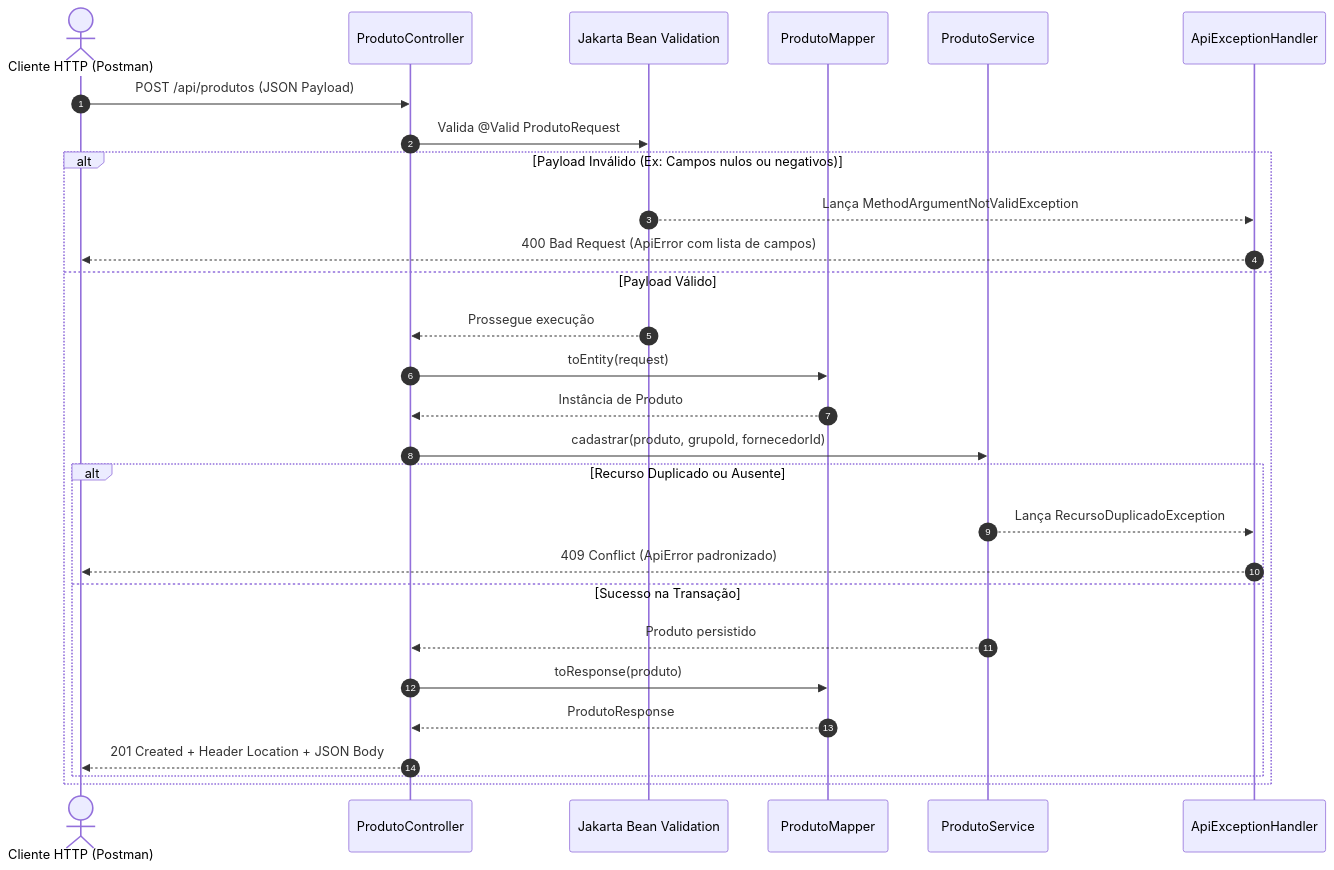
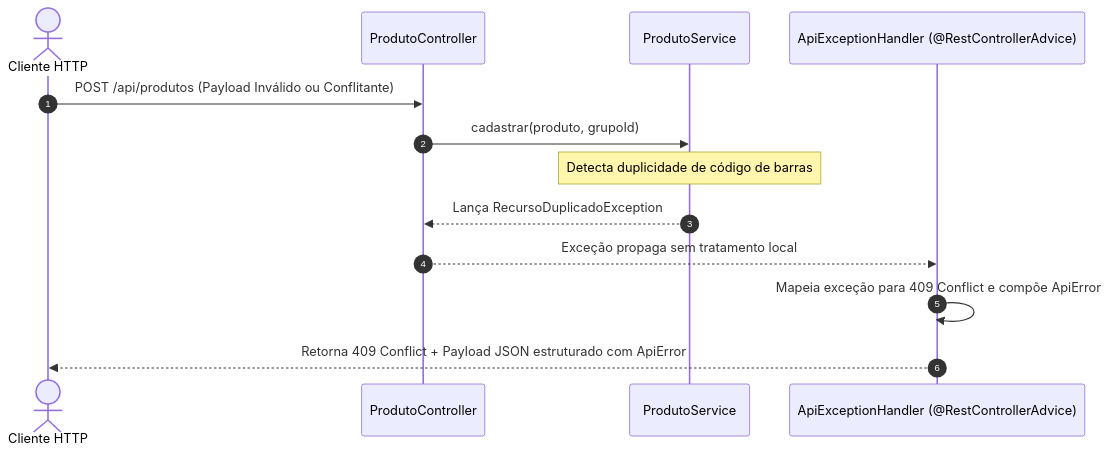
Before and after one commit to murilolol/unifef: diagram 19 of 20 in 4º Semestre/[Prof. Jefferson Passerini] Laboratório de Programação IV/Resumos-IA/Caderno-Consolidado.md, drawn with Mermaid. The commit also changed other lines of this file and 40 other files, not shown here.

````diff
--- a/4º Semestre/[Prof. Jefferson Passerini] Laboratório de Programação IV/Resumos-IA/Caderno-Consolidado.md
+++ b/4º Semestre/[Prof. Jefferson Passerini] Laboratório de Programação IV/Resumos-IA/Caderno-Consolidado.md
@@ -391,31 +743,16 @@
 ```mermaid
 sequenceDiagram
-    autonumber
-    actor Cliente as Cliente HTTP (Postman)
-    participant Ctrl as ProdutoController
-    participant Val as Jakarta Bean Validation
-    participant Map as ProdutoMapper
-    participant Srv as ProdutoService
-    participant Adv as ApiExceptionHandler
+  autonumber
+  actor Cliente as Cliente HTTP
+  participant Ctrl as ProdutoController
+  participant Serv as ProdutoService
+  participant Adv as ApiExceptionHandler (@RestControllerAdvice)
 
-    Cliente->>Ctrl: POST /api/produtos (JSON Payload)
-    Ctrl->>Val: Valida @Valid ProdutoRequest
-    alt Payload Inválido (Ex: Campos nulos ou negativos)
-        Val-->>Adv: Lança MethodArgumentNotValidException
-        Adv-->>Cliente: 400 Bad Request (ApiError com lista de campos)
-    else Payload Válido
-        Val-->>Ctrl: Prossegue execução
-        Ctrl->>Map: toEntity(request)
-        Map-->>Ctrl: Instância de Produto
-        Ctrl->>Srv: cadastrar(produto, grupoId, fornecedorId)
-        alt Recurso Duplicado ou Ausente
-            Srv-->>Adv: Lança RecursoDuplicadoException
-            Adv-->>Cliente: 409 Conflict (ApiError padronizado)
-        else Sucesso na Transação
-            Srv-->>Ctrl: Produto persistido
-            Ctrl->>Map: toResponse(produto)
-            Map-->>Ctrl: ProdutoResponse
-            Ctrl-->>Cliente: 201 Created + Header Location + JSON Body
-        end
-    end
+  Cliente->>Ctrl: POST /api/produtos (Payload Inválido ou Conflitante)
+  Ctrl->>Serv: cadastrar(produto, grupoId)
+  Note over Serv: Detecta duplicidade de código de barras
+  Serv-->>Ctrl: Lança RecursoDuplicadoException
+  Ctrl-->>Adv: Exceção propaga sem tratamento local
+  Adv->>Adv: Mapeia exceção para 409 Conflict e compõe ApiError
+  Adv-->>Cliente: Retorna 409 Conflict + Payload JSON estruturado com ApiError
 ```
````
